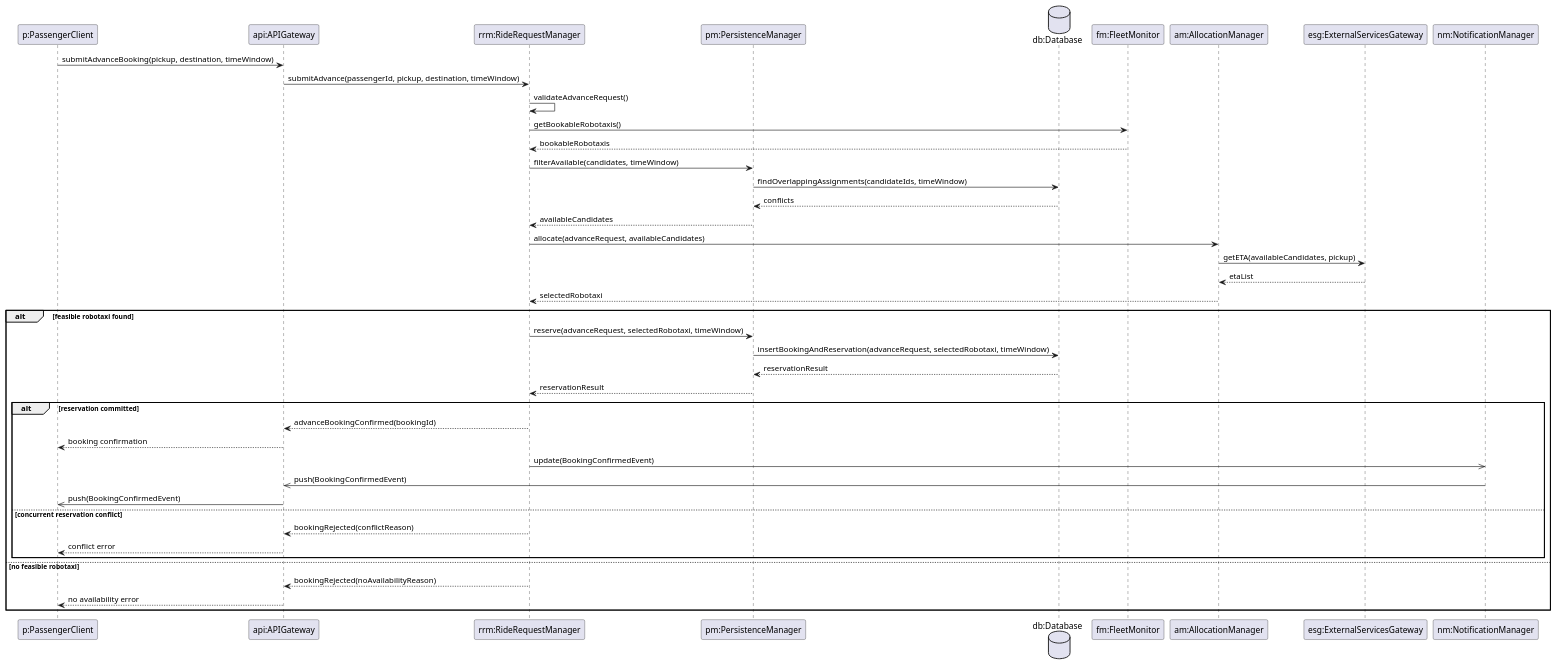
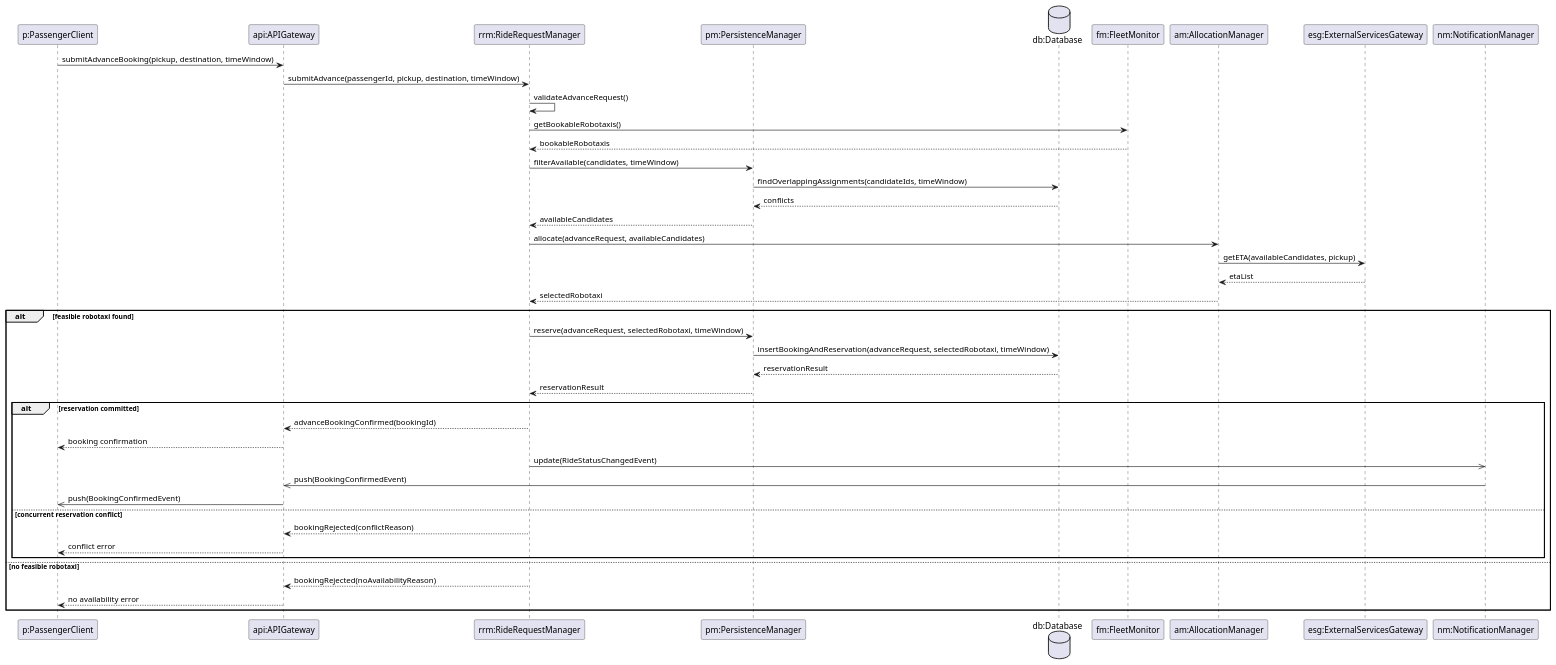
One commit to meggie-0/SE4A_ROAd_MargheritaBertipaglia_DavidCazzaniga_PasqualeIgnarra_Project changed the eighth of 10 diagrams in Implementation/docs/DD.md. Above: the diagram before and after it, drawn with PlantUML. The commit also changed other lines of this file and 9 other files, not shown here.

````diff
--- a/Implementation/docs/DD.md
+++ b/Implementation/docs/DD.md
@@ -905,50 +913,52 @@
 ```plantuml
 participant "p:PassengerClient" as P
 participant "api:APIGateway" as API
 participant "rrm:RideRequestManager" as RRM
 participant "pm:PersistenceManager" as PM
 database "db:Database" as DB
 participant "fm:FleetMonitor" as FM
 participant "am:AllocationManager" as AM
 participant "esg:ExternalServicesGateway" as ESG
 participant "nm:NotificationManager" as NM
 
 P -> API : submitAdvanceBooking(pickup, destination, timeWindow)
 API -> RRM : submitAdvance(passengerId, pickup, destination, timeWindow)
 
 RRM -> RRM : validateAdvanceRequest()
 
 RRM -> FM : getBookableRobotaxis()
 FM --> RRM : bookableRobotaxis
 
 RRM -> PM : filterAvailable(candidates, timeWindow)
 PM -> DB : findOverlappingAssignments(candidateIds, timeWindow)
 DB --> PM : conflicts
 PM --> RRM : availableCandidates
 
 RRM -> AM : allocate(advanceRequest, availableCandidates)
 AM -> ESG : getETA(availableCandidates, pickup)
 ESG --> AM : etaList
 AM --> RRM : selectedRobotaxi
 
 alt feasible robotaxi found
     RRM -> PM : reserve(advanceRequest, selectedRobotaxi, timeWindow)
     PM -> DB : insertBookingAndReservation(advanceRequest, selectedRobotaxi, timeWindow)
     DB --> PM : reservationResult
     PM --> RRM : reservationResult
 
     alt reservation committed
         RRM --> API : advanceBookingConfirmed(bookingId)
         API --> P : booking confirmation
-        RRM ->> NM : update(BookingConfirmedEvent)
+        ' [v1.3] Il soggetto e' la Ride che la richiesta accettata genera, in stato SCHEDULED:
+        ' nessun veicolo e' ancora assegnato, quindi non c'e' un Robotaxi che abbia da dire nulla.
+        RRM ->> NM : update(RideStatusChangedEvent)
         NM ->> API : push(BookingConfirmedEvent)
         API ->> P : push(BookingConfirmedEvent)
     else concurrent reservation conflict
         RRM --> API : bookingRejected(conflictReason)
         API --> P : conflict error
     end
 else no feasible robotaxi
     RRM --> API : bookingRejected(noAvailabilityReason)
     API --> P : no availability error
 end
 ```
````
